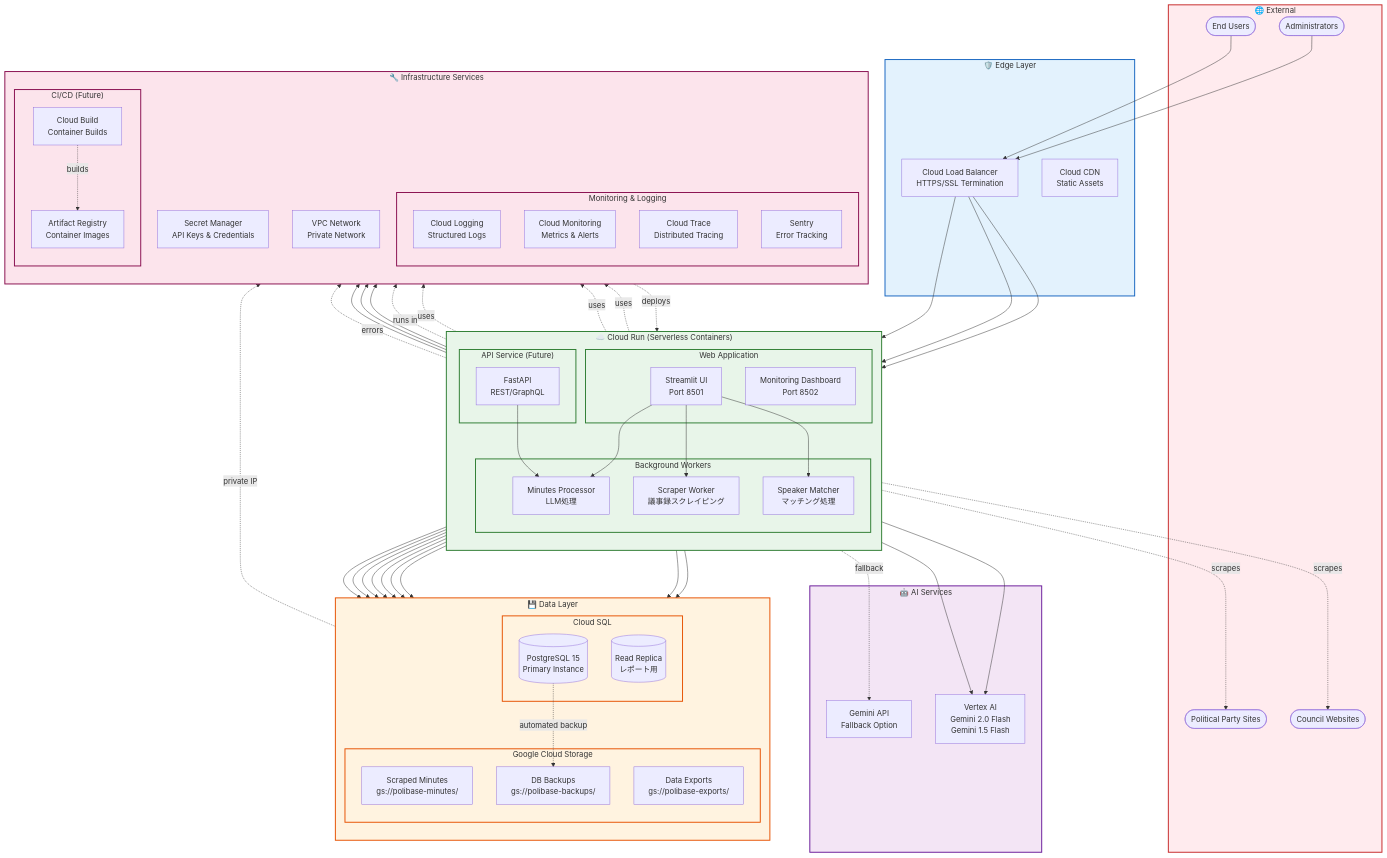
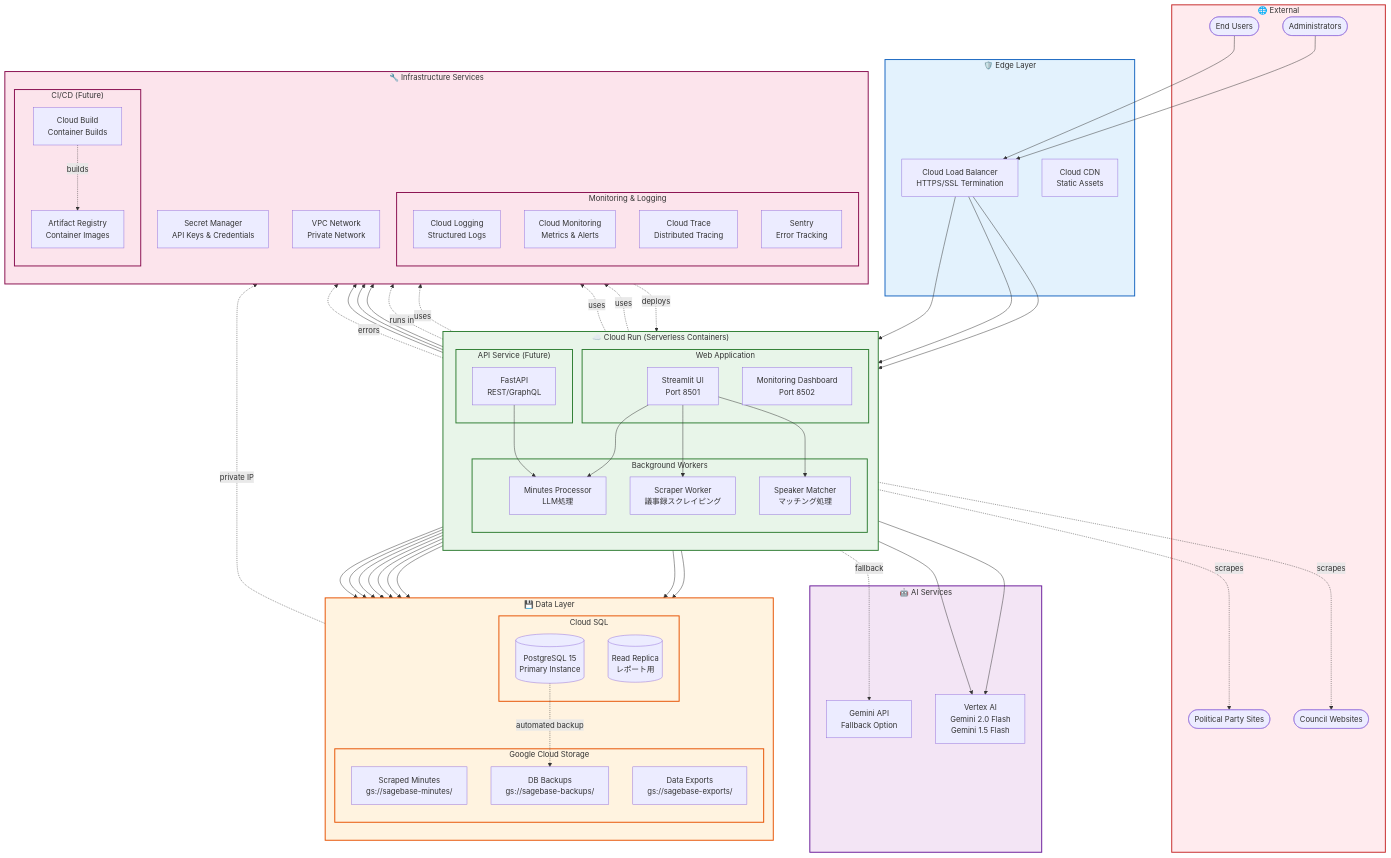
The fifth of 5 diagrams in docs/ARCHITECTURE.md (trust-chain-organization/polibase), drawn with Mermaid before and after one commit. The commit also changed other lines of this file and 23 other files, not shown here.

```diff
--- a/docs/ARCHITECTURE.md
+++ b/docs/ARCHITECTURE.md
@@ -527,9 +527,9 @@
         end
 
         subgraph gcs["Google Cloud Storage"]
-            GCS_MINUTES[Scraped Minutes<br/>gs://polibase-minutes/]
-            GCS_BACKUPS[DB Backups<br/>gs://polibase-backups/]
-            GCS_EXPORTS[Data Exports<br/>gs://polibase-exports/]
+            GCS_MINUTES[Scraped Minutes<br/>gs://sagebase-minutes/]
+            GCS_BACKUPS[DB Backups<br/>gs://sagebase-backups/]
+            GCS_EXPORTS[Data Exports<br/>gs://sagebase-exports/]
         end
     end
 
```
